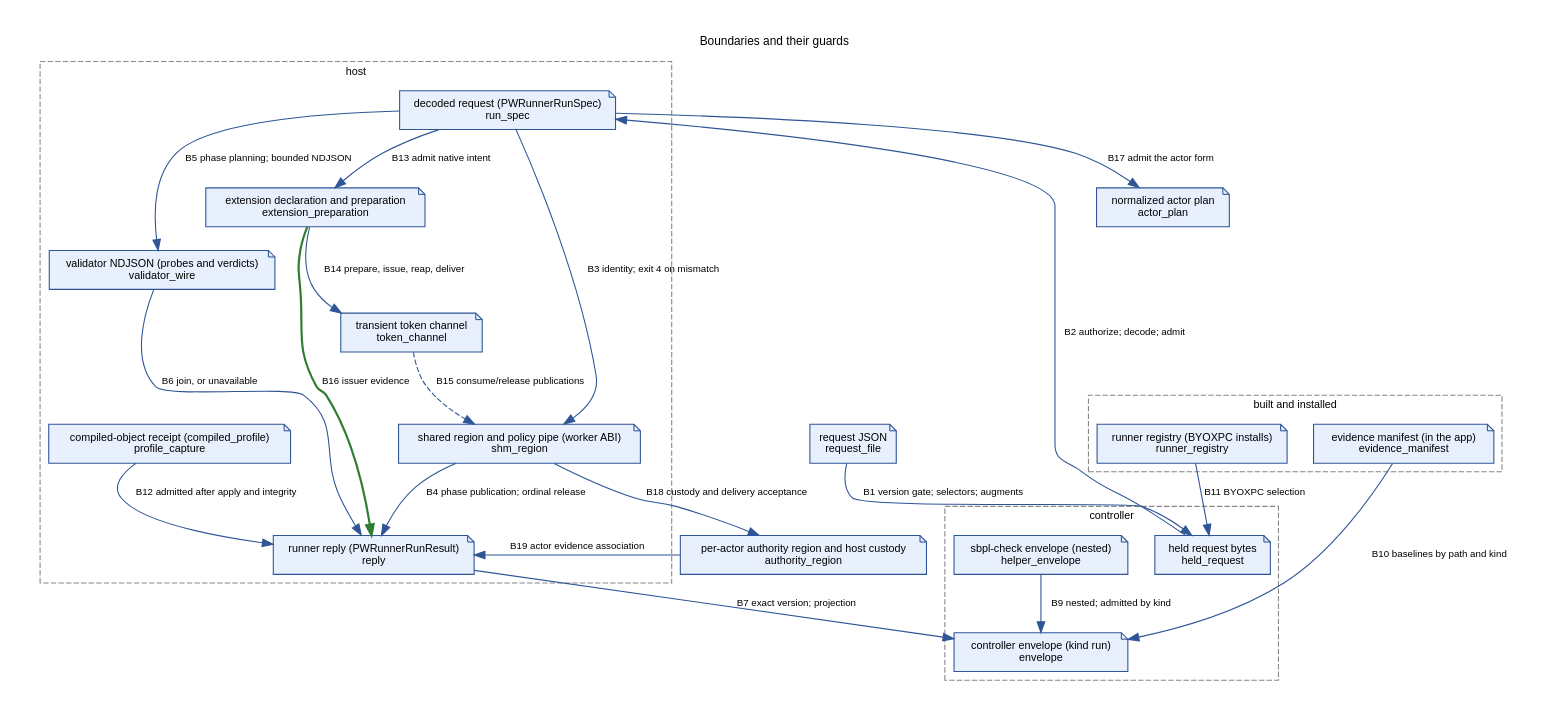
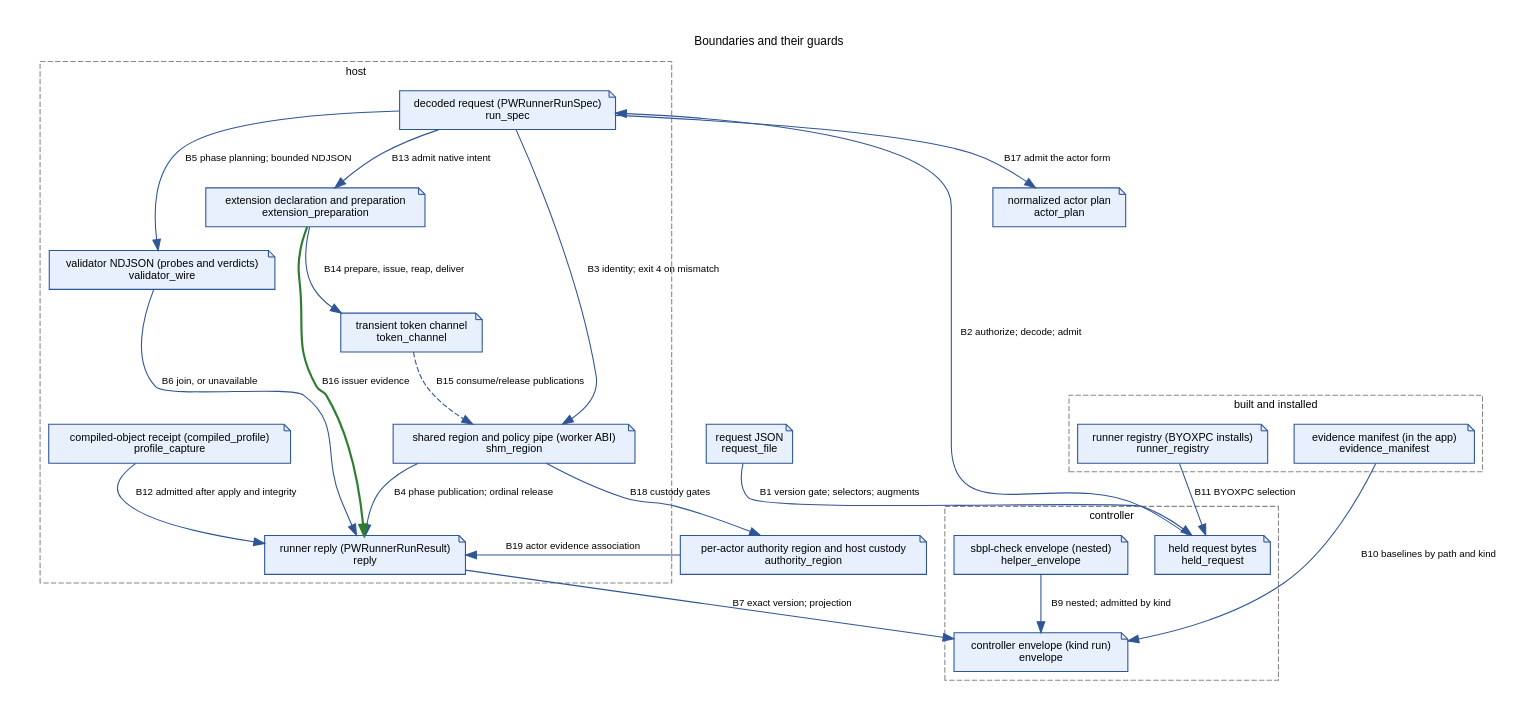
Before and after one commit to Protonk/PolicyWitness: the diagram in docs/architecture-boundaries.dot, drawn with Graphviz. The commit also changed 209 other files, not shown here.

Commit message:
Complete documentation lookback and scoped admission repairs

```diff
--- a/docs/architecture-boundaries.dot
+++ b/docs/architecture-boundaries.dot
@@ -29,14 +29,14 @@
     shm_region [shape="note", style="filled", fillcolor="#e8f0fe", color="#2f5597", label="shared region and policy pipe (worker ABI)\nshm_region", URL="ARCHITECTURE.md#boundaries-and-their-guards-nodes", tooltip="shm_region: shared region and policy pipe (worker ABI) | host writes inputs, worker writes outputs; fixed layout; magic at byte 0, source identity at byte 64 "];
     validator_wire [shape="note", style="filled", fillcolor="#e8f0fe", color="#2f5597", label="validator NDJSON (probes and verdicts)\nvalidator_wire", URL="ARCHITECTURE.md#boundaries-and-their-guards-nodes", tooltip="validator_wire: validator NDJSON (probes and verdicts) | host and validator, co-shipped in one bundle; bounded NDJSON; exact kind sb_api_validator_verdict and schema_version 1 "];
     reply [shape="note", style="filled", fillcolor="#e8f0fe", color="#2f5597", label="runner reply (PWRunnerRunResult)\nreply", URL="ARCHITECTURE.md#boundaries-and-their-guards-nodes", tooltip="reply: runner reply (PWRunnerRunResult) | the host; response schema; shape golden "];
-    profile_capture [shape="note", style="filled", fillcolor="#e8f0fe", color="#2f5597", label="compiled-object receipt (compiled_profile)\nprofile_capture", URL="ARCHITECTURE.md#boundaries-and-their-guards-nodes", tooltip="profile_capture: compiled-object receipt (compiled_profile) | the worker, before apply; admitted by the host; opt-in copy of the compiled object with a nonce; CompiledProfileCapture names the worker producer and before_apply stage under its own schema_version "];
+    profile_capture [shape="note", style="filled", fillcolor="#e8f0fe", color="#2f5597", label="compiled-object receipt (compiled_profile)\nprofile_capture", URL="ARCHITECTURE.md#boundaries-and-their-guards-nodes", tooltip="profile_capture: compiled-object receipt (compiled_profile) | the opted-in worker before apply; admitted by the host for that worker or apply actor; opt-in copy of the compiled object with a nonce; CompiledProfileCapture names the worker producer and before_apply stage under its own schema_version "];
     envelope [shape="note", style="filled", fillcolor="#e8f0fe", color="#2f5597", label="controller envelope (kind run)\nenvelope", URL="ARCHITECTURE.md#boundaries-and-their-guards-nodes", tooltip="envelope: controller envelope (kind run) | the controller; envelope frame; shape golden "];
-    helper_envelope [shape="note", style="filled", fillcolor="#e8f0fe", color="#2f5597", label="sbpl-check envelope (nested)\nhelper_envelope", URL="ARCHITECTURE.md#boundaries-and-their-guards-nodes", tooltip="helper_envelope: sbpl-check envelope (nested) | sbpl-check; envelope frame; kind sbpl_check "];
+    helper_envelope [shape="note", style="filled", fillcolor="#e8f0fe", color="#2f5597", label="sbpl-check envelope (nested)\nhelper_envelope", URL="ARCHITECTURE.md#boundaries-and-their-guards-nodes", tooltip="helper_envelope: sbpl-check envelope (nested) | sbpl-check; envelope frame; kind sbpl_check; independently compiled diagnostic associated with the selected policy, not application evidence "];
     evidence_manifest [shape="note", style="filled", fillcolor="#e8f0fe", color="#2f5597", label="evidence manifest (in the app)\nevidence_manifest", URL="ARCHITECTURE.md#boundaries-and-their-guards-nodes", tooltip="evidence_manifest: evidence manifest (in the app) | the build; hashes and entitlements of every shipped binary; its own schema_version (EVIDENCE_SCHEMA_VERSION) "];
     runner_registry [shape="note", style="filled", fillcolor="#e8f0fe", color="#2f5597", label="runner registry (BYOXPC installs)\nrunner_registry", URL="ARCHITECTURE.md#boundaries-and-their-guards-nodes", tooltip="runner_registry: runner registry (BYOXPC installs) | the runner commands; additive-field loader; retired kind aliases kept for recovery; its own schema_version (RUNNER_REGISTRY_SCHEMA_VERSION) "];
     extension_preparation [shape="note", style="filled", fillcolor="#e8f0fe", color="#2f5597", label="extension declaration and preparation\nextension_preparation", URL="ARCHITECTURE.md#boundaries-and-their-guards-nodes", tooltip="extension_preparation: extension declaration and preparation | host; submitted references and paths remain distinct from observations; bounded references, realpath result and metadata before issuer launch "];
     token_channel [shape="note", style="filled", fillcolor="#e8f0fe", color="#2f5597", label="transient token channel\ntoken_channel", URL="ARCHITECTURE.md#boundaries-and-their-guards-nodes", tooltip="token_channel: transient token channel | host owns mapping; issuer writes token/publication; worker consumes and erases; separate bounded shared mapping; inherited descriptors closed after mapping; never retained JSON "];
-    actor_plan [shape="note", style="filled", fillcolor="#e8f0fe", color="#2f5597", label="normalized actor plan\nactor_plan", URL="ARCHITECTURE.md#boundaries-and-their-guards-nodes", tooltip="actor_plan: normalized actor plan | host normalization before any process work; shared by public admission, direct XPC and the scheduler; actors, phases with actor and visit, tokens, deliveries and handles by reference with owners, producers and last uses "];
+    actor_plan [shape="note", style="filled", fillcolor="#e8f0fe", color="#2f5597", label="normalized actor plan\nactor_plan", URL="ARCHITECTURE.md#boundaries-and-their-guards-nodes", tooltip="actor_plan: normalized actor plan | host normalization before process work; admitted public actor requests dispatch to runActors and its serial scheduler; actors, phases with actor and visit, tokens, deliveries and handles by reference with owners, producers and last uses "];
     authority_region [shape="note", style="filled", fillcolor="#e8f0fe", color="#2f5597", label="per-actor authority region and host custody\nauthority_region", URL="ARCHITECTURE.md#boundaries-and-their-guards-nodes", tooltip="authority_region: per-actor authority region and host custody | host creates, unlinks and maps each region; the actor maps its inherited descriptor; custody buffers are host-only; one outbound slot per admitted issue, one inbound slot per recipient delivery and one answer cell per transfer; fixed headers with family, writer, indexes, length, commit, acknowledgement and settlement words; never retained JSON "];
     request_file -> held_request [style="solid", color="#2f5597", label="B1 version gate; selectors; augments", URL="ARCHITECTURE.md#boundaries-and-their-guards-edges", tooltip="B1: request version gate; selector parse; augment resolution |  "];
     held_request -> run_spec [style="solid", color="#2f5597", label="B2 authorize; decode; admit", URL="ARCHITECTURE.md#boundaries-and-their-guards-edges", tooltip="B2: caller authorization; closed-key decode; capacity, then meaning; policy hash |  "];
@@ -45,15 +45,15 @@
     run_spec -> validator_wire [style="solid", color="#2f5597", label="B5 phase planning; bounded NDJSON", URL="ARCHITECTURE.md#boundaries-and-their-guards-edges", tooltip="B5: fresh phase planning; bounded strict NDJSON decode; unique step association within the phase |  "];
     validator_wire -> reply [style="solid", color="#2f5597", label="B6 join, or unavailable", URL="ARCHITECTURE.md#boundaries-and-their-guards-edges", tooltip="B6: verdict joined only to its phase and step, or explicit unavailable prediction |  "];
     reply -> envelope [style="solid", color="#2f5597", label="B7 exact version; projection", URL="ARCHITECTURE.md#boundaries-and-their-guards-edges", tooltip="B7: exact response version; disposition validated and projected; reply retained unread when refused |  "];
-    helper_envelope -> envelope [style="solid", color="#2f5597", label="B9 nested; admitted by kind", URL="ARCHITECTURE.md#boundaries-and-their-guards-edges", tooltip="B9: nested unchanged; admitted by kind and frame version |  "];
+    helper_envelope -> envelope [style="solid", color="#2f5597", label="B9 nested; admitted by kind", URL="ARCHITECTURE.md#boundaries-and-their-guards-edges", tooltip="B9: nested unchanged and associated with the selected policy/actor; admitted by kind and frame version; per-helper retention is not a cumulative envelope or memory bound |  "];
     evidence_manifest -> envelope [style="solid", color="#2f5597", label="B10 baselines by path and kind", URL="ARCHITECTURE.md#boundaries-and-their-guards-edges", tooltip="B10: dossier compares selected binaries with manifest baselines; lookup by exact path and kind |  "];
     runner_registry -> held_request [style="solid", color="#2f5597", label="B11 BYOXPC selection", URL="ARCHITECTURE.md#boundaries-and-their-guards-edges", tooltip="B11: selection resolves a BYOXPC target; selector fields stripped before XPC |  "];
-    profile_capture -> reply [style="solid", color="#2f5597", label="B12 admitted after apply and integrity", URL="ARCHITECTURE.md#boundaries-and-their-guards-edges", tooltip="B12: admitted only after successful application, worker completion, PID, nonce, input identity and payload integrity checks |  "];
+    profile_capture -> reply [style="solid", color="#2f5597", label="B12 admitted after apply and integrity", URL="ARCHITECTURE.md#boundaries-and-their-guards-edges", tooltip="B12: admitted only after successful application, completion, PID, nonce, input identity and payload integrity checks for its producing worker/apply actor |  "];
     run_spec -> extension_preparation [style="solid", color="#2f5597", label="B13 admit native intent", URL="ARCHITECTURE.md#boundaries-and-their-guards-edges", tooltip="B13: explicit phases, declaration/action caps, reference order and exec exclusion before preparation |  Declaration count 1 item; consume count 1 item; release count 1 item; references 63 UTF-8 bytes; target 1,023 UTF-8 bytes."];
     extension_preparation -> token_channel [style="solid", color="#2f5597", label="B14 prepare, issue, reap, deliver", URL="ARCHITECTURE.md#boundaries-and-their-guards-edges", tooltip="B14: resolved target and metadata before native issuance; clean issuer reap and bounded publication before worker delivery |  "];
     token_channel -> shm_region [style="dashed", color="#2f5597", label="B15 consume/release publications", URL="ARCHITECTURE.md#boundaries-and-their-guards-edges", tooltip="B15: worker receives transient token separately; publishes delivery and ordered consume/release facts in evidence slots |  Accepted token storage is erased on ordinary departures and before done; erasure does not invoke native release. Fatal interruption need not reach worker cleanup. Host erasure is a separate observation."];
     extension_preparation -> reply [style="bold", color="#2e7d32", label="B16 issuer evidence", URL="ARCHITECTURE.md#boundaries-and-their-guards-edges", tooltip="B16: preparation, authority and native issuer/cleanup observations without token bytes |  "];
     run_spec -> actor_plan [style="solid", color="#2f5597", label="B17 admit the actor form", URL="ARCHITECTURE.md#boundaries-and-their-guards-edges", tooltip="B17: closed actor and sandbox objects, phases naming declared actors, single-assignment references used after their producers by their owners, and the per-actor exec exclusion |  Actors 8 items; phases 16 items; issues 32 items; deliveries 64 items; handles 64 items; releases 64 items; identifiers 63 UTF-8 bytes; issue target 1,023 UTF-8 bytes."];
-    shm_region -> authority_region [style="solid", color="#2f5597", label="B18 custody and delivery acceptance", URL="ARCHITECTURE.md#boundaries-and-their-guards-edges", tooltip="B18: an outbound token enters custody only with the expected framing, writer, action and token indexes, and only while the writer still stands behind it; a delivery is credited only when the recipient's accepted bytes equal the custody copy |  "];
-    authority_region -> reply [style="solid", color="#2f5597", label="B19 actor evidence association", URL="ARCHITECTURE.md#boundaries-and-their-guards-edges", tooltip="B19: every actor event names its actor and one of that actor's phases, references resolve to their owners in the resource tables, transfers carry no native result, and nothing is credited without the actor's declared or applied setup and its phase's acknowledged release |  "];
+    shm_region -> authority_region [style="solid", color="#2f5597", label="B18 custody gates", URL="ARCHITECTURE.md#boundaries-and-their-guards-edges", tooltip="B18: an outbound token enters custody only with the expected framing, writer, action and token indexes, and only while the writer still stands behind it; a delivery is credited only when the recipient's accepted bytes equal the custody copy |  Recipient acceptance is framing only; host equality and usable settlement precede native consume. Source-observed answer and phase completion are separate gates."];
+    authority_region -> reply [style="solid", color="#2f5597", label="B19 actor evidence association", URL="ARCHITECTURE.md#boundaries-and-their-guards-edges", tooltip="B19: every actor event names its actor and one of that actor's phases, references resolve to their owners in the resource tables, transfers carry no native result, and nothing is credited without the actor's declared or applied setup and its phase's acknowledged release |  A failed exchange may still complete its action and phase; schedule advancement does not require all deliveries to succeed. No native permission or revocation follows from transport evidence."];
 }
```
